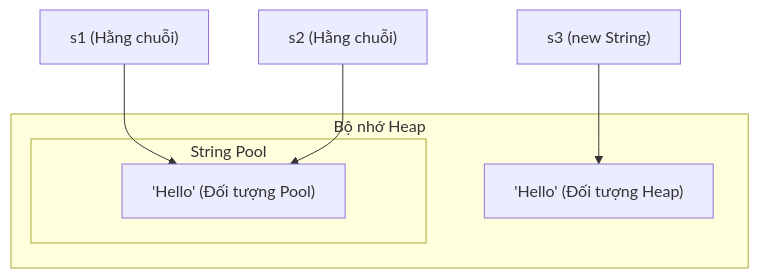
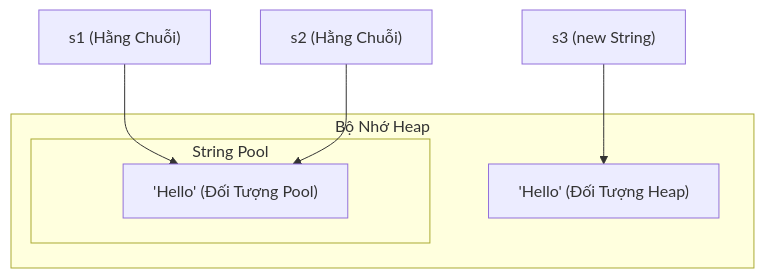
The third of 4 diagrams in vi/08-string/theory/01-string-basics.md (PhuThien2005/theoretical-of-java-core), drawn with Mermaid before and after one commit. The commit also changed other lines of this file and 229 other files, not shown here.

````diff
--- a/vi/08-string/theory/01-string-basics.md
+++ b/vi/08-string/theory/01-string-basics.md
@@ -178,13 +151,13 @@
 ```mermaid
 graph TD
-    subgraph Heap Memory [Bộ nhớ Heap]
-        subgraph String Pool [String Pool]
-            PoolObj["'Hello' (Đối tượng Pool)"]
+    subgraph Heap Memory ["Bộ Nhớ Heap"]
+        subgraph String Pool ["String Pool"]
+            PoolObj["'Hello' (Đối Tượng Pool)"]
         end
-        HeapObj["'Hello' (Đối tượng Heap)"]
+        HeapObj["'Hello' (Đối Tượng Heap)"]
     end
     
-    s1["s1 (Hằng chuỗi)"] --> PoolObj
-    s2["s2 (Hằng chuỗi)"] --> PoolObj
+    s1["s1 (Hằng Chuỗi)"] --> PoolObj
+    s2["s2 (Hằng Chuỗi)"] --> PoolObj
     s3["s3 (new String)"] --> HeapObj
 ```
````
